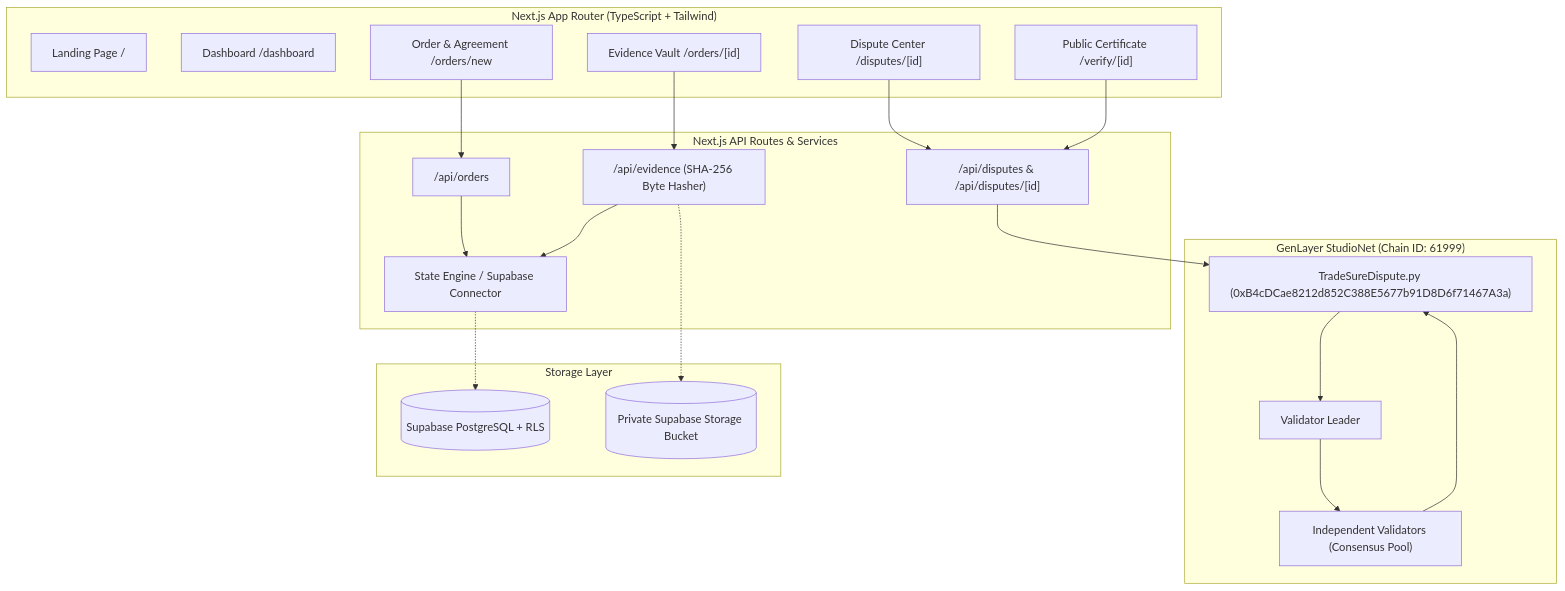
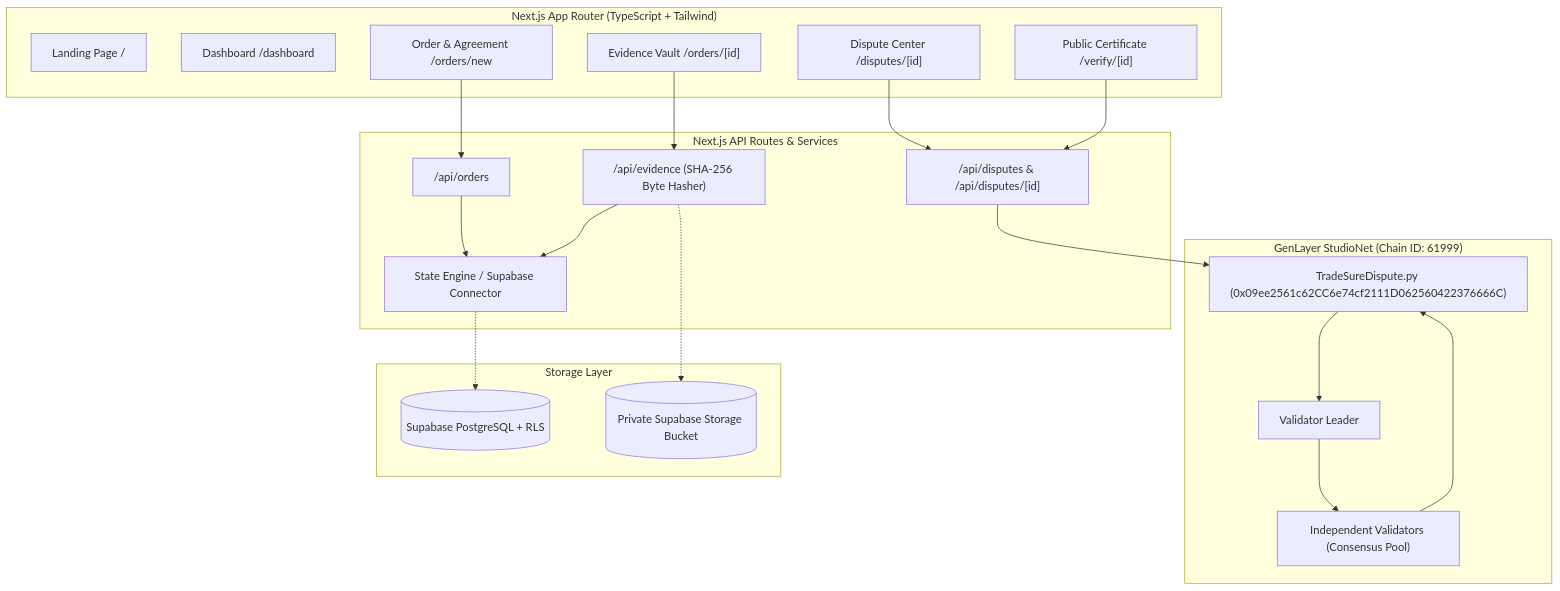
One commit to JimmyOgb/TradeSure changed the diagram in README.md. Above: the diagram before and after it, drawn with Mermaid. The commit also changed other lines of this file and 13 other files, not shown here.

````diff
--- a/README.md
+++ b/README.md
@@ -55,40 +55,40 @@
 ```mermaid
 flowchart TD
     subgraph Frontend["Next.js App Router (TypeScript + Tailwind)"]
         Landing["Landing Page /"]
         Dashboard["Dashboard /dashboard"]
         Orders["Order & Agreement /orders/new"]
         EvidenceUI["Evidence Vault /orders/[id]"]
         DisputeUI["Dispute Center /disputes/[id]"]
         VerifyUI["Public Certificate /verify/[id]"]
     end
 
     subgraph Backend["Next.js API Routes & Services"]
         OrdersAPI["/api/orders"]
         EvidenceAPI["/api/evidence (SHA-256 Byte Hasher)"]
         DisputeAPI["/api/disputes & /api/disputes/[id]"]
         Store["State Engine / Supabase Connector"]
     end
 
     subgraph GenLayer["GenLayer StudioNet (Chain ID: 61999)"]
-        Contract["TradeSureDispute.py (0xB4cDCae8212d852C388E5677b91D8D6f71467A3a)"]
+        Contract["TradeSureDispute.py (0x09ee2561c62CC6e74cf2111D062560422376666C)"]
         Leader["Validator Leader"]
         Validators["Independent Validators (Consensus Pool)"]
     end
 
     subgraph Storage["Storage Layer"]
         DB[(Supabase PostgreSQL + RLS)]
         PrivateBucket[(Private Supabase Storage Bucket)]
     end
 
     Orders --> OrdersAPI --> Store
     EvidenceUI --> EvidenceAPI --> Store
     EvidenceAPI -.-> PrivateBucket
     Store -.-> DB
     DisputeUI --> DisputeAPI
     DisputeAPI --> Contract
     Contract --> Leader
     Leader --> Validators
     Validators --> Contract
     VerifyUI --> DisputeAPI
 ```
````
